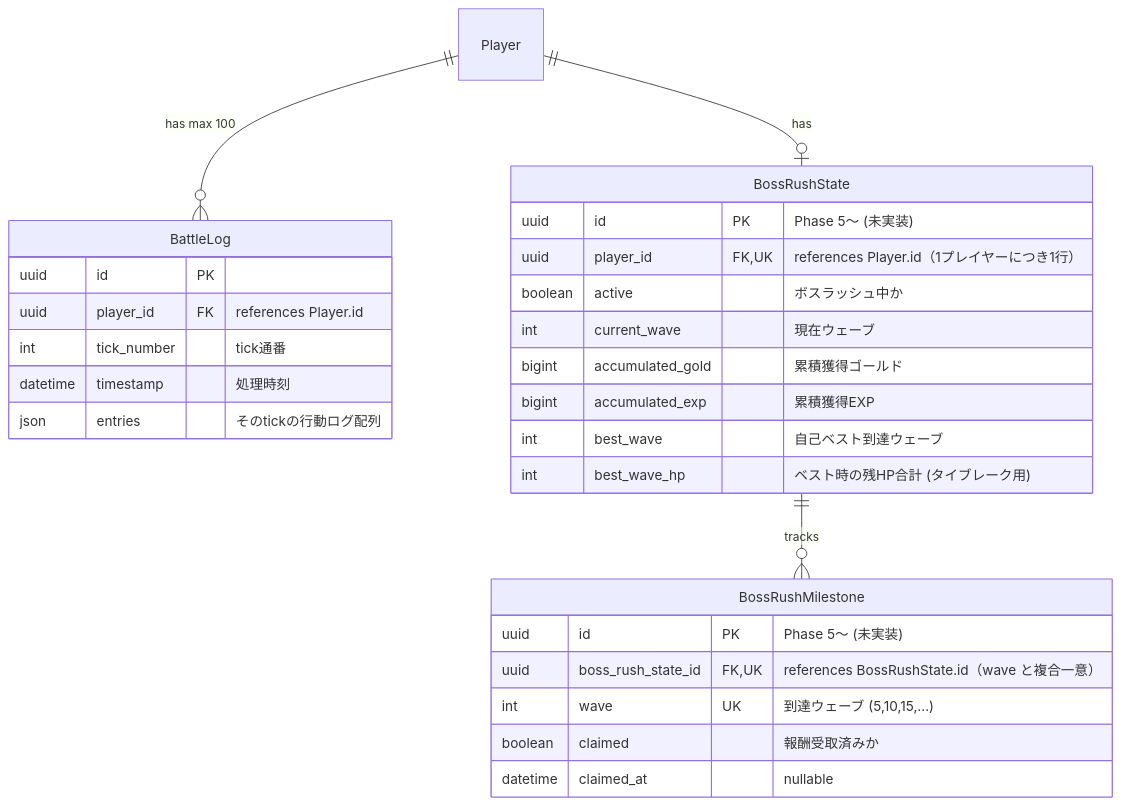
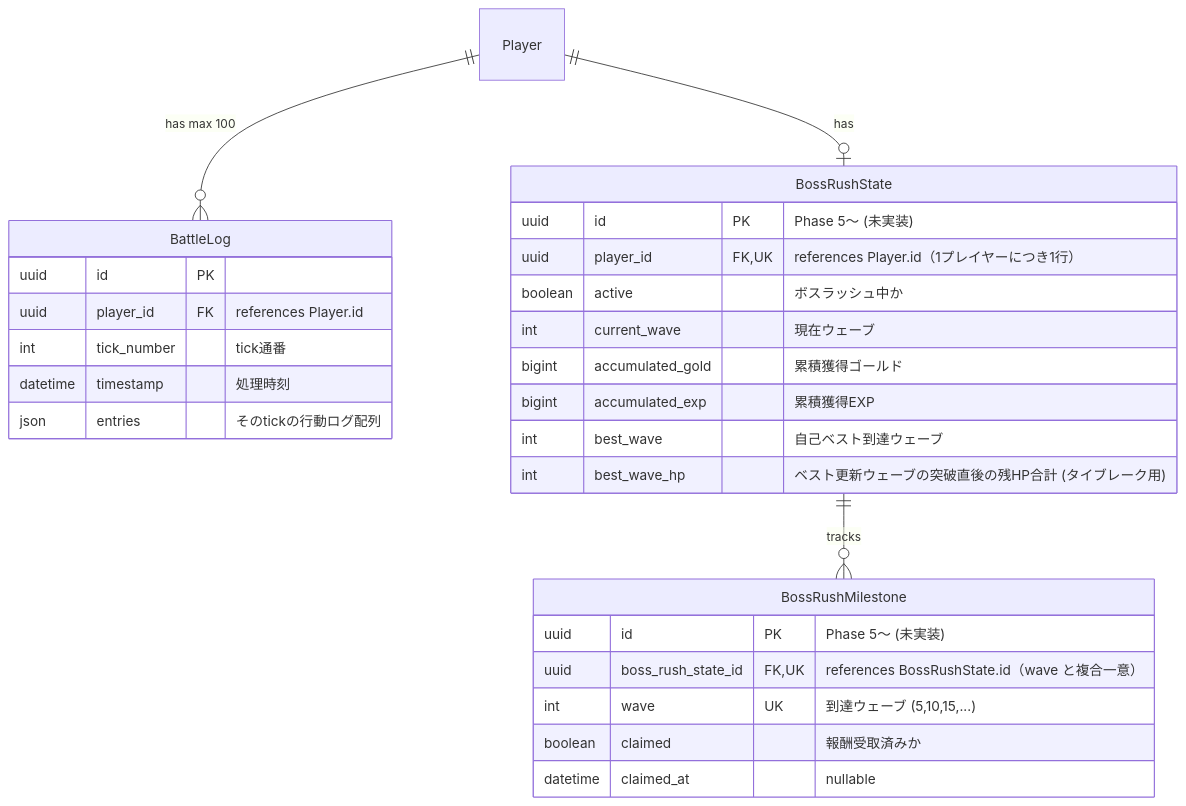
One commit to dateeee/2026_AFKGAME changed the first of 2 diagrams in docs/diagrams/er_diagram/battle.md. Above: the diagram before and after it, drawn with Mermaid. The commit also changed 6 other files, not shown here.

First line of the commit message:
docs: Phase 5 設計図レビュー指摘の反映（ISSUE-701〜709）

````diff
--- a/docs/diagrams/er_diagram/battle.md
+++ b/docs/diagrams/er_diagram/battle.md
@@ -8,34 +8,34 @@
 ```mermaid
 %%{init: {'theme': 'default', 'themeVariables': {'fontSize': '16px'}} }%%
 erDiagram
     Player ||--o{ BattleLog : "has max 100"
     Player ||--o| BossRushState : "has"
     BossRushState ||--o{ BossRushMilestone : "tracks"
 
     BattleLog {
         uuid id PK
         uuid player_id FK "references Player.id"
         int tick_number "tick通番"
         datetime timestamp "処理時刻"
         json entries "そのtickの行動ログ配列"
     }
 
     BossRushState {
         uuid id PK "Phase 5〜 (未実装)"
         uuid player_id FK, UK "references Player.id（1プレイヤーにつき1行）"
         boolean active "ボスラッシュ中か"
         int current_wave "現在ウェーブ"
         bigint accumulated_gold "累積獲得ゴールド"
         bigint accumulated_exp "累積獲得EXP"
         int best_wave "自己ベスト到達ウェーブ"
-        int best_wave_hp "ベスト時の残HP合計 (タイブレーク用)"
+        int best_wave_hp "ベスト更新ウェーブの突破直後の残HP合計 (タイブレーク用)"
     }
 
     BossRushMilestone {
         uuid id PK "Phase 5〜 (未実装)"
         uuid boss_rush_state_id FK, UK "references BossRushState.id（wave と複合一意）"
         int wave UK "到達ウェーブ (5,10,15,...)"
         boolean claimed "報酬受取済みか"
         datetime claimed_at "nullable"
     }
 ```
````
